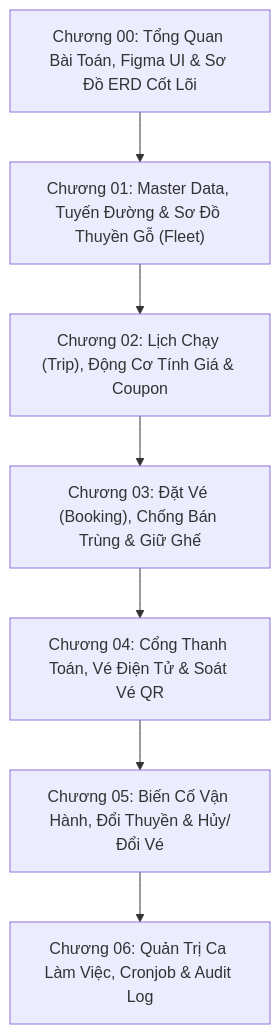
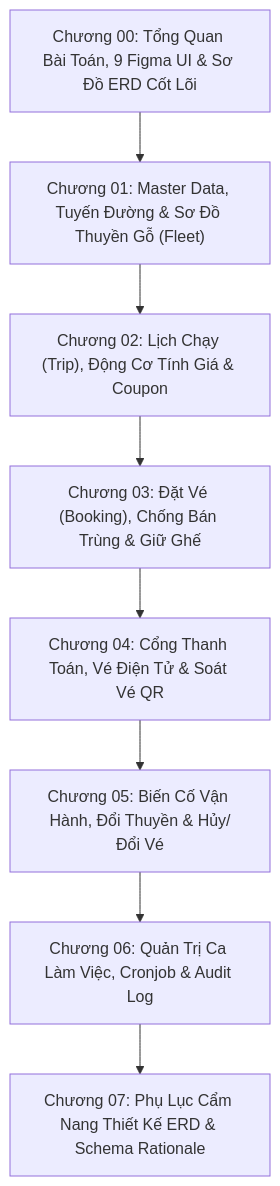
Before and after one commit to tomone2kd000-ux/superdong-booking-system: the diagram in content/docs/index.mdx, drawn with Mermaid. The commit also changed other lines of this file and 4 other files, not shown here.

Commit message:
docs: add Chapter 07 Appendix - Complete ERD Design & Schema Rationale Handbook with 29 architectural sections

````diff
--- a/content/docs/index.mdx
+++ b/content/docs/index.mdx
@@ -23,9 +23,10 @@
 ```mermaid
 flowchart TD
-    Phase0["Chương 00: Tổng Quan Bài Toán, Figma UI & Sơ Đồ ERD Cốt Lõi"] --> Phase1["Chương 01: Master Data, Tuyến Đường & Sơ Đồ Thuyền Gỗ (Fleet)"]
+    Phase0["Chương 00: Tổng Quan Bài Toán, 9 Figma UI & Sơ Đồ ERD Cốt Lõi"] --> Phase1["Chương 01: Master Data, Tuyến Đường & Sơ Đồ Thuyền Gỗ (Fleet)"]
     Phase1 --> Phase2["Chương 02: Lịch Chạy (Trip), Động Cơ Tính Giá & Coupon"]
     Phase2 --> Phase3["Chương 03: Đặt Vé (Booking), Chống Bán Trùng & Giữ Ghế"]
     Phase3 --> Phase4["Chương 04: Cổng Thanh Toán, Vé Điện Tử & Soát Vé QR"]
     Phase4 --> Phase5["Chương 05: Biến Cố Vận Hành, Đổi Thuyền & Hủy/Đổi Vé"]
     Phase5 --> Phase6["Chương 06: Quản Trị Ca Làm Việc, Cronjob & Audit Log"]
+    Phase6 --> Phase7["Chương 07: Phụ Lục Cẩm Nang Thiết Kế ERD & Schema Rationale"]
 ```
````
